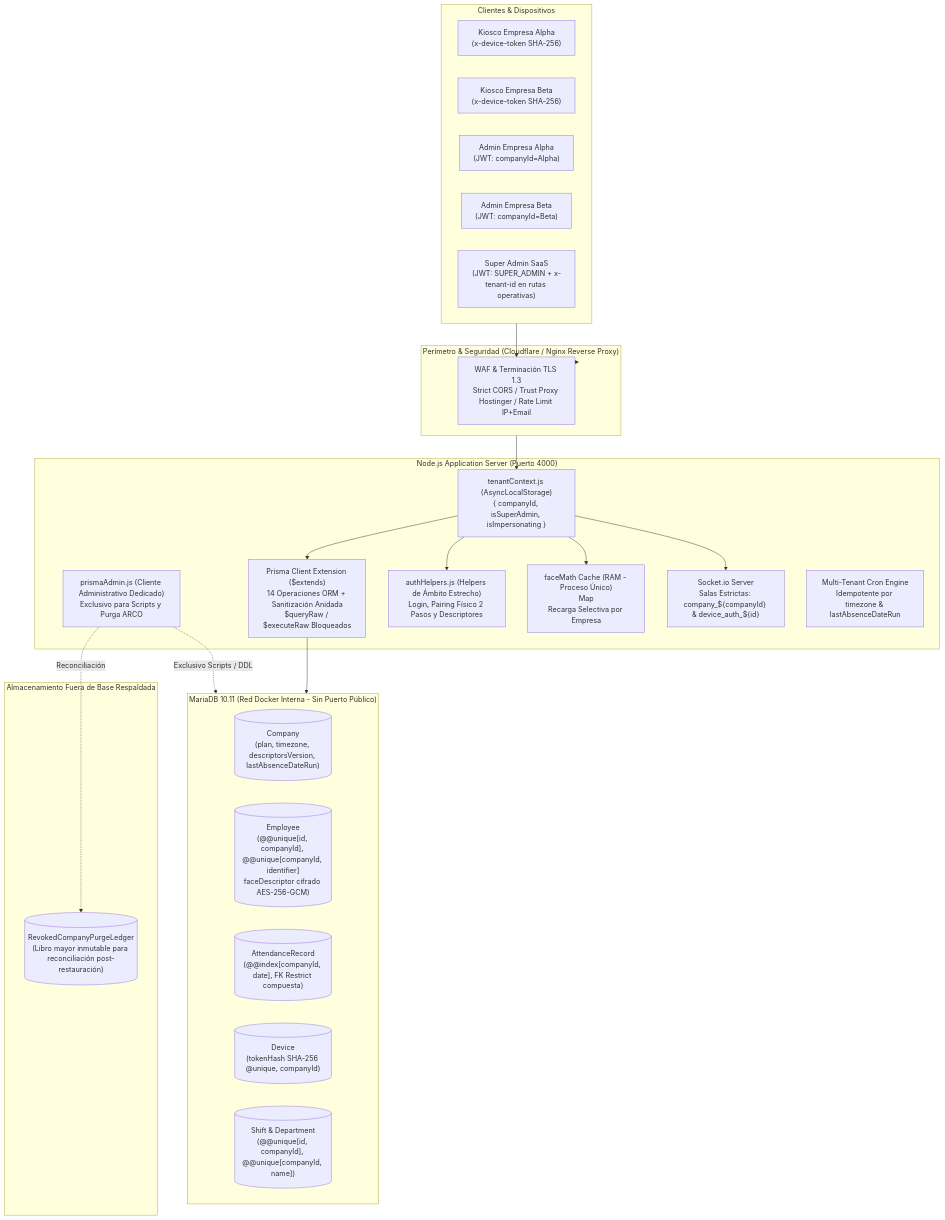
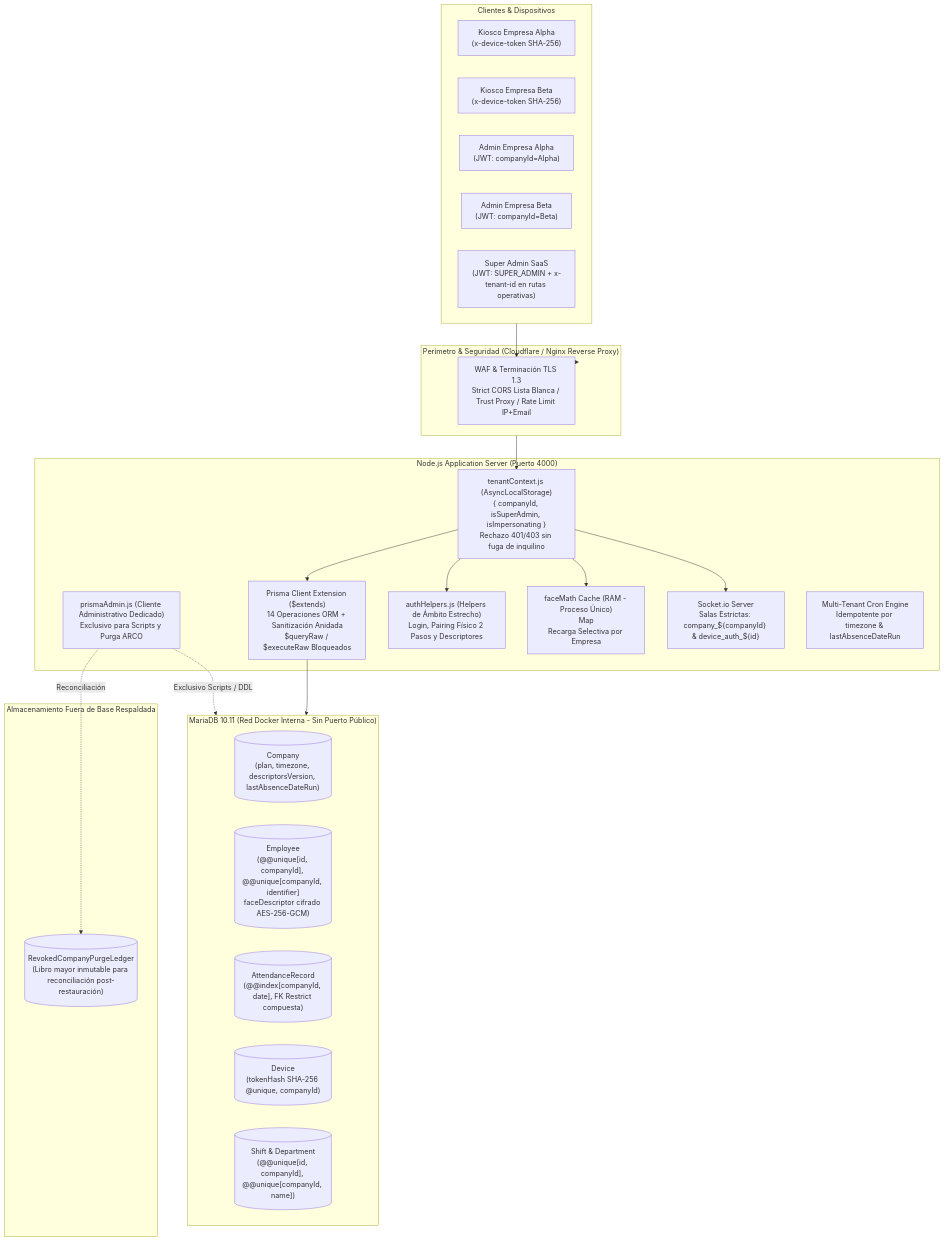
One commit to GabrielAvila5/ReconocimientoFPainProject changed the first of 3 diagrams in docs/saas/saas_multitenant_implementation_plan.md. Above: the diagram before and after it, drawn with Mermaid. The commit also changed other lines of this file and 29 other files, not shown here.

````diff
--- a/docs/saas/saas_multitenant_implementation_plan.md
+++ b/docs/saas/saas_multitenant_implementation_plan.md
@@ -13,44 +13,44 @@
 ```mermaid
 flowchart TB
     subgraph Edge["Perímetro & Seguridad (Cloudflare / Nginx Reverse Proxy)"]
-        WAF["WAF & Terminación TLS 1.3\nStrict CORS / Trust Proxy Hostinger / Rate Limit IP+Email"]
+        WAF["WAF & Terminación TLS 1.3\nStrict CORS Lista Blanca / Trust Proxy / Rate Limit IP+Email"]
     end
 
     subgraph Clientes["Clientes & Dispositivos"]
         K1["Kiosco Empresa Alpha\n(x-device-token SHA-256)"]
         K2["Kiosco Empresa Beta\n(x-device-token SHA-256)"]
         A1["Admin Empresa Alpha\n(JWT: companyId=Alpha)"]
         A2["Admin Empresa Beta\n(JWT: companyId=Beta)"]
         SA["Super Admin SaaS\n(JWT: SUPER_ADMIN + x-tenant-id en rutas operativas)"]
     end
 
     subgraph AppServer["Node.js Application Server (Puerto 4000)"]
-        ALS["tenantContext.js (AsyncLocalStorage)\n{ companyId, isSuperAdmin, isImpersonating }"]
+        ALS["tenantContext.js (AsyncLocalStorage)\n{ companyId, isSuperAdmin, isImpersonating }\nRechazo 401/403 sin fuga de inquilino"]
         PrismaExt["Prisma Client Extension ($extends)\n14 Operaciones ORM + Sanitización Anidada\n$queryRaw / $executeRaw Bloqueados"]
         PrismaAdmin["prismaAdmin.js (Cliente Administrativo Dedicado)\nExclusivo para Scripts y Purga ARCO"]
         AuthHelpers["authHelpers.js (Helpers de Ámbito Estrecho)\nLogin, Pairing Físico 2 Pasos y Descriptores"]
         FaceRAM["faceMath Cache (RAM - Proceso Único)\nMap<companyId, Float32Array[]>\nRecarga Selectiva por Empresa"]
         WSEngine["Socket.io Server\nSalas Estrictas: company_${companyId} & device_auth_${id}"]
         CronEngine["Multi-Tenant Cron Engine\nIdempotente por timezone & lastAbsenceDateRun"]
     end
 
     subgraph Storage["MariaDB 10.11 (Red Docker Interna - Sin Puerto Público)"]
         T_Company[("Company\n(plan, timezone, descriptorsVersion, lastAbsenceDateRun)")]
         T_Emp[("Employee\n(@@unique[id, companyId], @@unique[companyId, identifier]\nfaceDescriptor cifrado AES-256-GCM)")]
         T_Att[("AttendanceRecord\n(@@index[companyId, date], FK Restrict compuesta)")]
         T_Dev[("Device\n(tokenHash SHA-256 @unique, companyId)")]
         T_Shifts[("Shift & Department\n(@@unique[id, companyId], @@unique[companyId, name])")]
     end
 
     subgraph ExternalLedger["Almacenamiento Fuera de Base Respaldada"]
         LedgerFile[("RevokedCompanyPurgeLedger\n(Libro mayor inmutable para reconciliación post-restauración)")]
     end
 
     Clientes --> WAF --> Edge --> ALS
     ALS --> PrismaExt --> Storage
     ALS --> AuthHelpers
     PrismaAdmin -.->|Exclusivo Scripts / DDL| Storage
     PrismaAdmin -.->|Reconciliación| LedgerFile
     ALS --> FaceRAM
     ALS --> WSEngine
 ```
````
